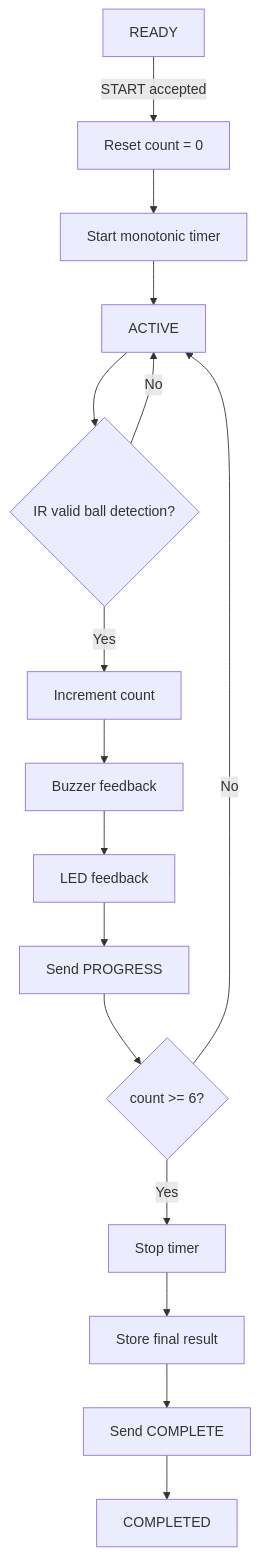
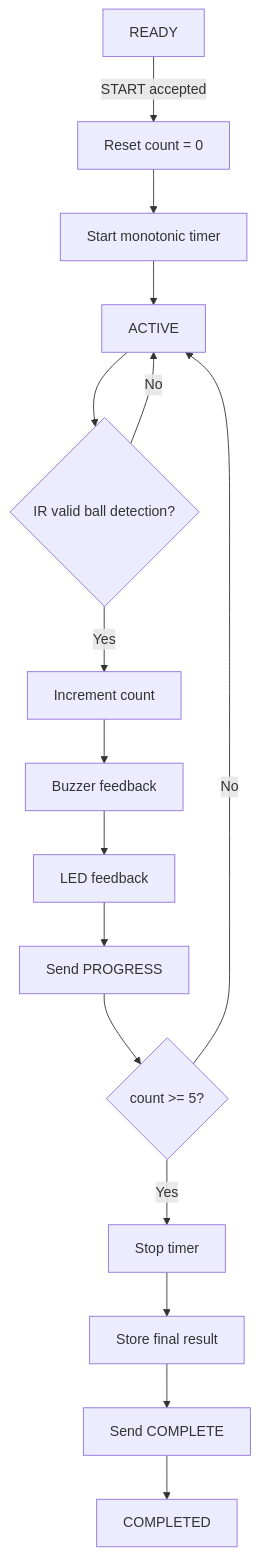
The second of 5 diagrams in PRD.md (rizkyathoriq19/fikk-mobile), drawn with Mermaid before and after one commit. The commit also changed other lines of this file and 11 other files, not shown here.

````diff
--- a/PRD.md
+++ b/PRD.md
@@ -241,20 +241,20 @@
 ```mermaid
 flowchart TD
     A[READY] -->|START accepted| B[Reset count = 0]
     B --> C[Start monotonic timer]
     C --> D[ACTIVE]
 
     D --> E{IR valid ball detection?}
     E -- No --> D
     E -- Yes --> F[Increment count]
     F --> G[Buzzer feedback]
     G --> H[LED feedback]
     H --> I[Send PROGRESS]
 
-    I --> J{count >= 6?}
+    I --> J{count >= 5?}
     J -- No --> D
     J -- Yes --> K[Stop timer]
     K --> L[Store final result]
     L --> M[Send COMPLETE]
     M --> N[COMPLETED]
 ```
````
